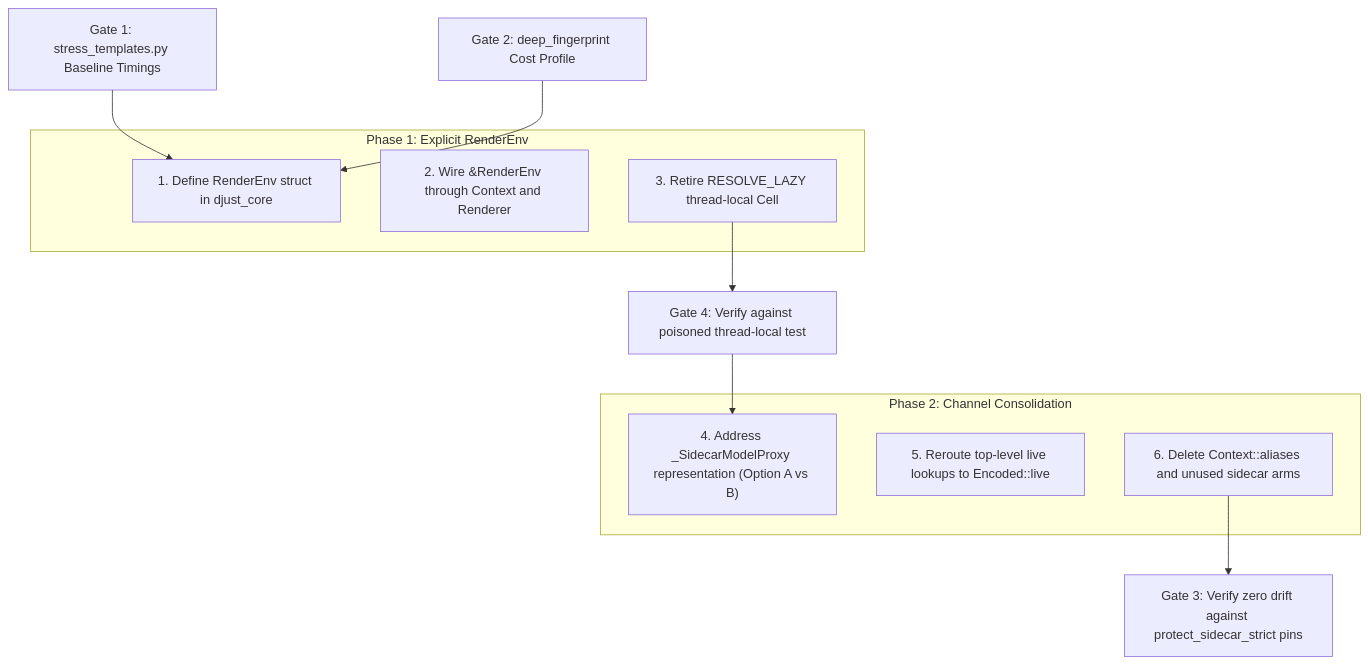
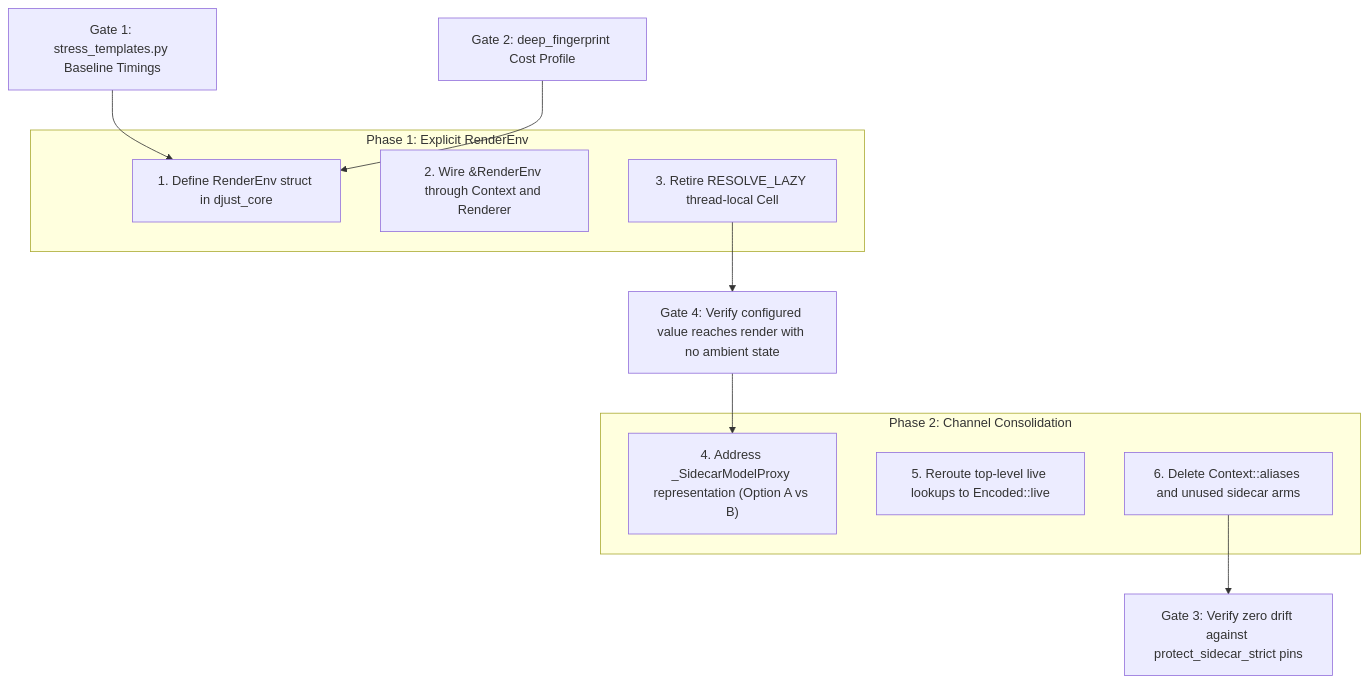
One commit to djust-org/djust changed the diagram in docs/adr/029-consolidate-value-boundary-channels-and-render-env.md. Above: the diagram before and after it, drawn with Mermaid. The commit also changed other lines of this file, not shown here.

First line of the commit message:
docs(adr): strengthen ADR-029 Gate 4 verification and actor path rationale (#2741)

````diff
--- a/docs/adr/029-consolidate-value-boundary-channels-and-render-env.md
+++ b/docs/adr/029-consolidate-value-boundary-channels-and-render-env.md
@@ -125,22 +129,22 @@
 ```mermaid
 flowchart TD
     G1["Gate 1: stress_templates.py Baseline Timings"] --> P1
     G2["Gate 2: deep_fingerprint Cost Profile"] --> P1
 
     subgraph Phase 1: Explicit RenderEnv
         P1["1. Define RenderEnv struct in djust_core"]
         P2["2. Wire &RenderEnv through Context and Renderer"]
         P3["3. Retire RESOLVE_LAZY thread-local Cell"]
     end
 
-    P3 --> G4["Gate 4: Verify against poisoned thread-local test"]
+    P3 --> G4["Gate 4: Verify configured value reaches render with no ambient state"]
     G4 --> P4
 
     subgraph Phase 2: Channel Consolidation
         P4["4. Address _SidecarModelProxy representation (Option A vs B)"]
         P5["5. Reroute top-level live lookups to Encoded::live"]
         P6["6. Delete Context::aliases and unused sidecar arms"]
     end
 
     P6 --> G3["Gate 3: Verify zero drift against protect_sidecar_strict pins"]
 ```
````
